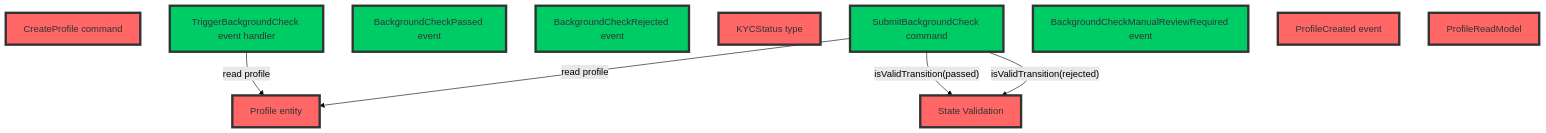
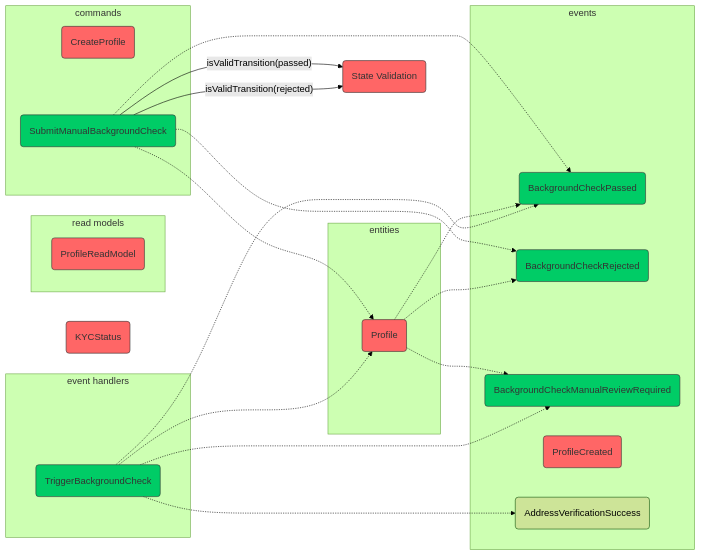
The ninth of 13 diagrams in README.md (boostercloud/kyc-example), drawn with Mermaid (forest theme) before and after one commit. The commit also changed other lines of this file and 10 other files, not shown here.

````diff
--- a/README.md
+++ b/README.md
@@ -340,18 +428,40 @@
 ```mermaid
-graph TD;
-    classDef red fill:#ff6666,stroke:#333,stroke-width:4px,color:#333;
-    classDef green fill:#00cc66,stroke:#333,stroke-width:4px,color:#333;
-    A[CreateProfile command];
-    B[SubmitBackgroundCheck command] -->|"read profile"| C["Profile entity"]
-    B -->|"isValidTransition(passed)"| D["State Validation"]
-    B -->|"isValidTransition(rejected)"| D["State Validation"]
-    E["BackgroundCheckPassed event"]
-    F["BackgroundCheckRejected event"]
-    G["KYCStatus type"]
-    H["TriggerBackgroundCheck event handler"] -->|"read profile"| C
-    K["BackgroundCheckManualReviewRequired event"]
-    I["ProfileCreated event"]
-    J["ProfileReadModel"]
+graph LR
+    classDef red fill:#ff6666,stroke:#333,stroke-width:1px,color:#333;
+    classDef green fill:#00cc66,stroke:#333,stroke-width:1px,color:#333;
+    subgraph commands
+        A(CreateProfile)
+        B(SubmitManualBackgroundCheck)
+    end
+    subgraph entities
+        C(Profile)
+    end
+    subgraph read models
+        J(ProfileReadModel)
+    end
+    subgraph events
+        E(BackgroundCheckPassed)
+        F(BackgroundCheckRejected)
+        K(BackgroundCheckManualReviewRequired)
+        I(ProfileCreated)
+        L(AddressVerificationSuccess)
+    end
+    subgraph event handlers
+        H(TriggerBackgroundCheck)
+    end
+    B -.-> C
+    B -.-> E
+    B -.-> F
+    B -->|"isValidTransition(passed)"| D(State Validation)
+    B -->|"isValidTransition(rejected)"| D
+    G(KYCStatus)
+    C -.-> E
+    C -.-> F
+    C -.-> K
+    H -.-> C
+    H -.-> L
+    H -.-> K
+    H -.-> E
     class A,C,D,G,I,J red;
     class B,E,F,H,K green;
 ```
````
